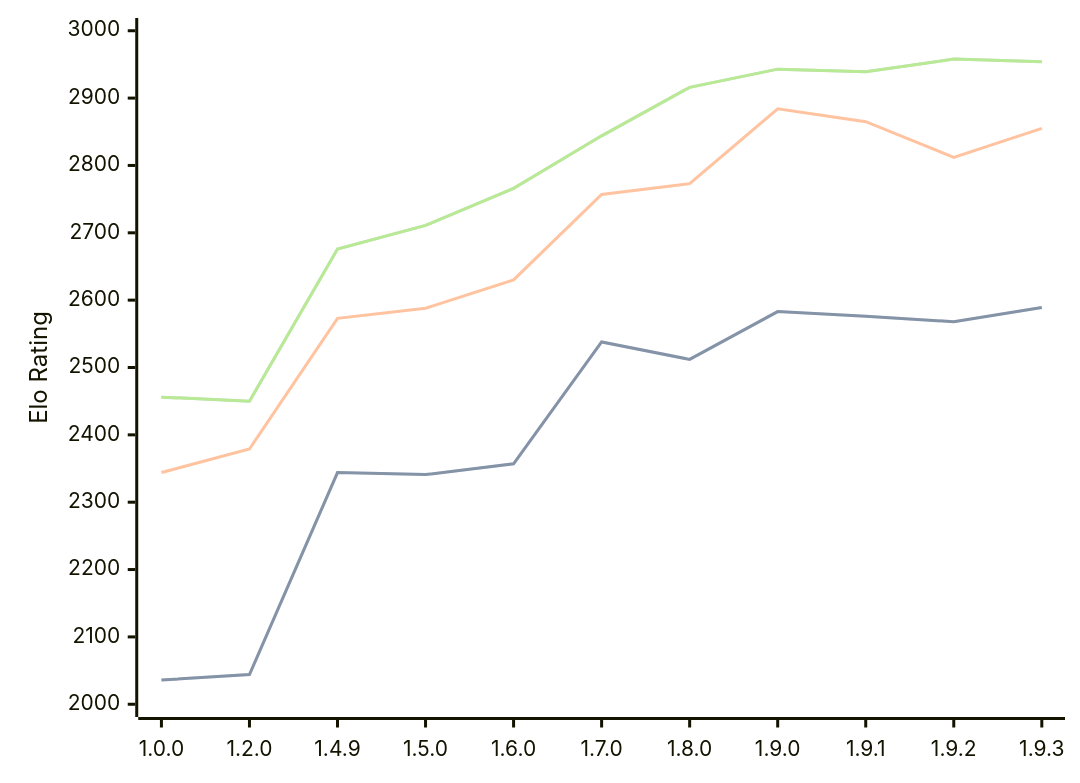
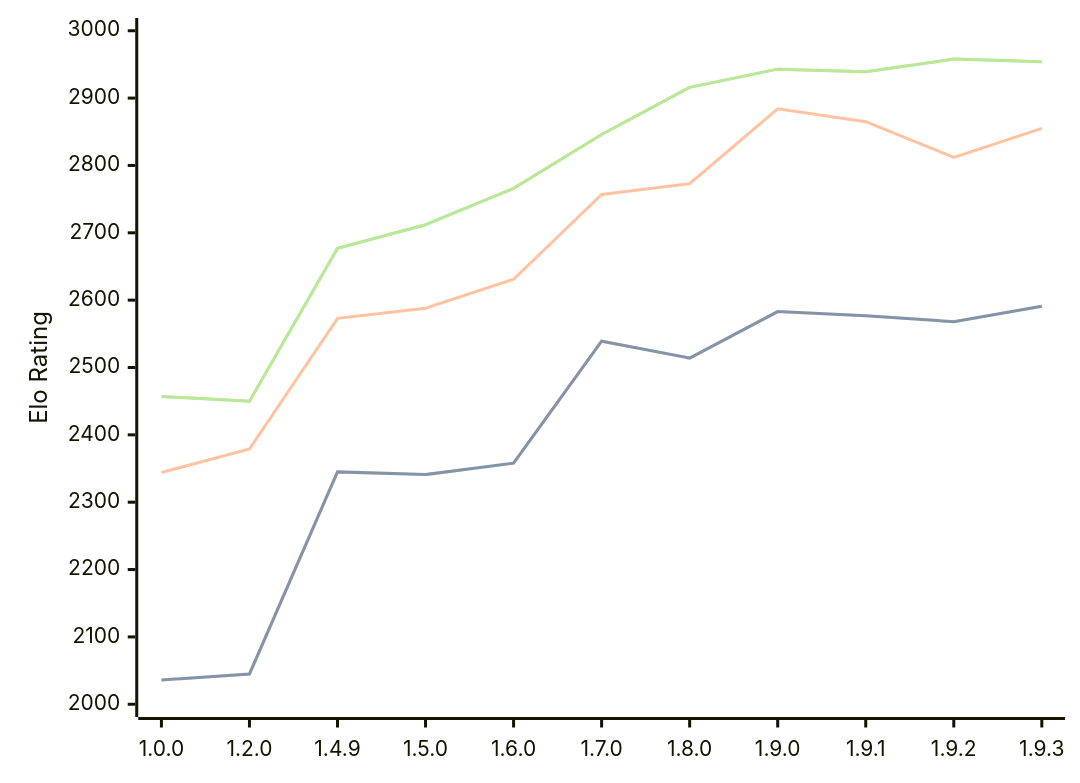
One commit to computer-chess-index/cci changed the diagram in engines/Basilisk.md. Above: the diagram before and after it, drawn with Mermaid. The commit also changed other lines of this file, not shown here.

Commit message:
Update CCI Ratings (ELO VLTC) - 2026-08-21

````diff
--- a/engines/Basilisk.md
+++ b/engines/Basilisk.md
@@ -54,11 +54,11 @@
 ```mermaid
 %%{init: {"theme":"base","themeVariables":{"seriesColors:['#a3a3a3','#222221','#faa371']}}}%%
 xychart-beta
   x-axis ["1.0.0", "1.2.0", "1.4.9", "1.5.0", "1.6.0", "1.7.0", "1.8.0", "1.9.0", "1.9.1", "1.9.2", "1.9.3"]
   y-axis "Elo Rating" 2000 --> 3000
-  line "STC (8.0+0.08s)" [2036, 2044, 2344, 2341, 2357, 2538, 2512, 2583, 2576, 2568, 2589]
-  line "STC (8.0+0.08s)" [2036, 2044, 2344, 2341, 2357, 2538, 2512, 2583, 2576, 2568, 2589]
-  line "LTC (60.0+0.60s)" [2344, 2379, 2573, 2588, 2630, 2757, 2773, 2884, 2865, 2812, 2855]
-  line "VLTC (2m24s+1.12s)" [2456, 2450, 2676, 2711, 2766, 2844, 2916, 2943, 2939, 2958, 2954]
-  line "VLTC (2m24s+1.12s)" [2456, 2450, 2676, 2711, 2766, 2844, 2916, 2943, 2939, 2958, 2954]
+  line "STC (8.0+0.08s)" [2036, 2045, 2345, 2341, 2358, 2539, 2514, 2583, 2577, 2568, 2591]
+  line "STC (8.0+0.08s)" [2036, 2045, 2345, 2341, 2358, 2539, 2514, 2583, 2577, 2568, 2591]
+  line "LTC (60.0+0.60s)" [2344, 2379, 2573, 2588, 2631, 2757, 2773, 2884, 2865, 2812, 2855]
+  line "VLTC (2m24s+1.12s)" [2457, 2450, 2677, 2712, 2766, 2846, 2916, 2943, 2939, 2958, 2954]
+  line "VLTC (2m24s+1.12s)" [2457, 2450, 2677, 2712, 2766, 2846, 2916, 2943, 2939, 2958, 2954]
 ```
````
